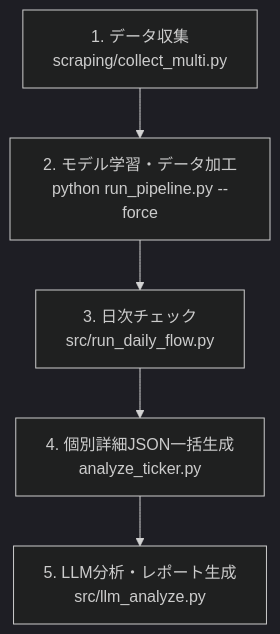
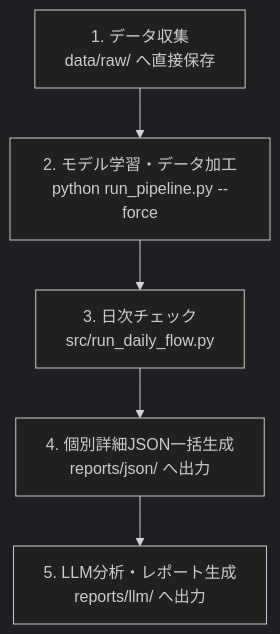
Before and after one commit to dioh0922/trading_assistant: the diagram in PIPELINE_WORKFLOW.md, drawn with Mermaid (dark theme). The commit also changed other lines of this file and 7 other files, not shown here.

````diff
--- a/PIPELINE_WORKFLOW.md
+++ b/PIPELINE_WORKFLOW.md
@@ -11,7 +11,7 @@
 ```mermaid
 flowchart TD
-    Step1[1. データ収集<br>scraping/collect_multi.py] --> Step2[2. モデル学習・データ加工<br>python run_pipeline.py --force]
+    Step1[1. データ収集<br>data/raw/ へ直接保存] --> Step2[2. モデル学習・データ加工<br>python run_pipeline.py --force]
     Step2 --> Step3[3. 日次チェック<br>src/run_daily_flow.py]
-    Step3 --> Step4[4. 個別詳細JSON一括生成<br>analyze_ticker.py]
-    Step4 --> Step5[5. LLM分析・レポート生成<br>src/llm_analyze.py]
+    Step3 --> Step4[4. 個別詳細JSON一括生成<br>reports/json/ へ出力]
+    Step4 --> Step5[5. LLM分析・レポート生成<br>reports/llm/ へ出力]
 ```
````
